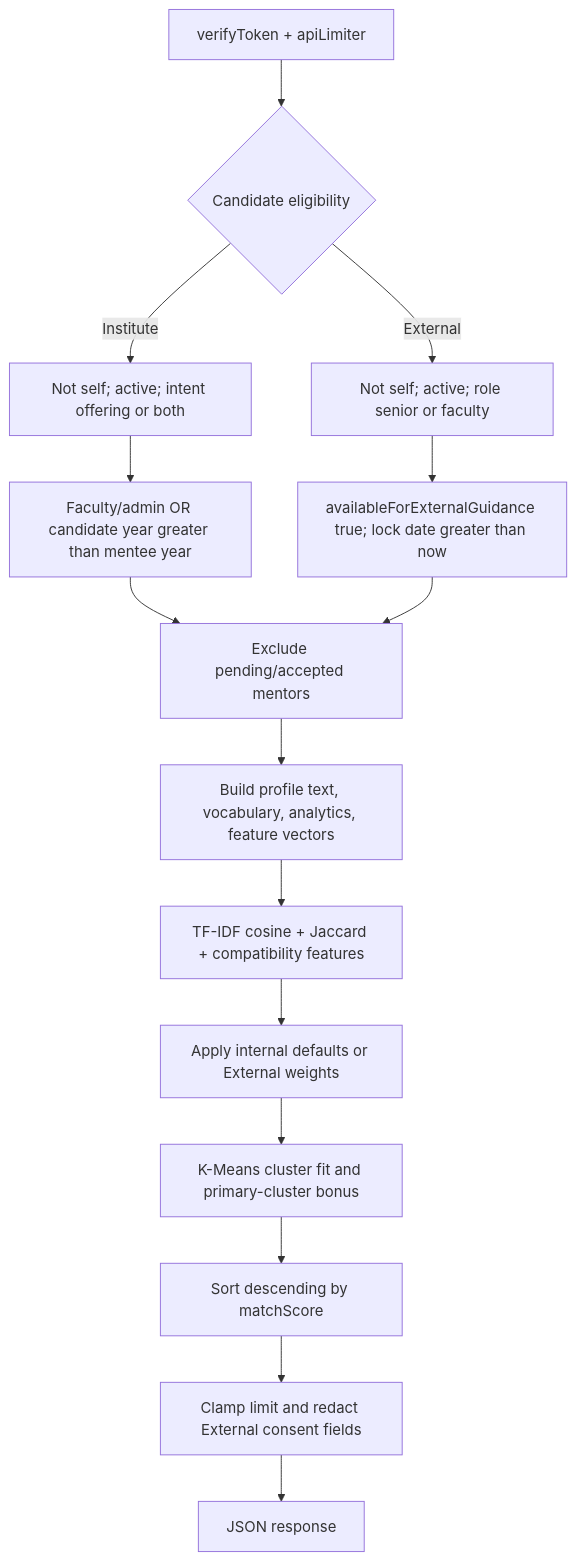
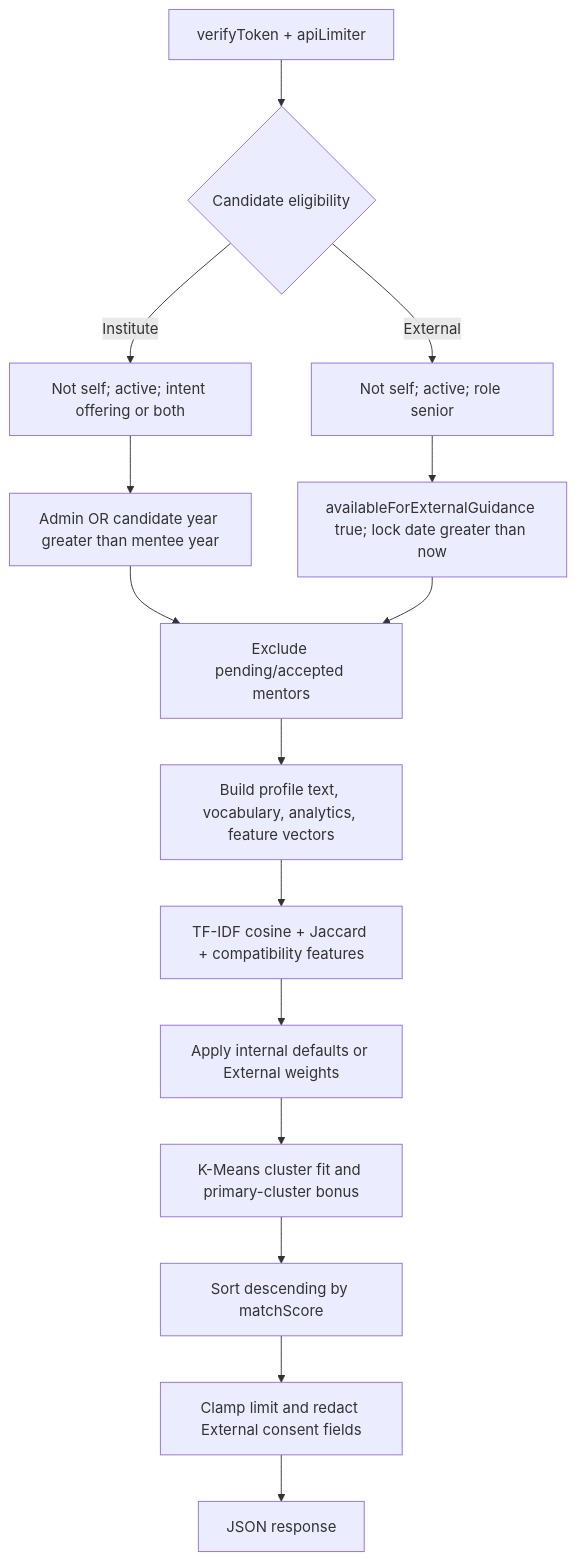
Before and after one commit to himanipilankar18/MentorLink: the second of 3 diagrams in docs/recommendation-engine.md, drawn with Mermaid. The commit also changed other lines of this file and 131 other files, not shown here.

````diff
--- a/docs/recommendation-engine.md
+++ b/docs/recommendation-engine.md
@@ -74,17 +74,17 @@
 ```mermaid
 flowchart TD
   A[verifyToken + apiLimiter] --> B{Candidate eligibility}
   B -->|Institute| B1[Not self; active; intent offering or both]
-  B1 --> B2[Faculty/admin OR candidate year greater than mentee year]
-  B -->|External| B3[Not self; active; role senior or faculty]
+  B1 --> B2[Admin OR candidate year greater than mentee year]
+  B -->|External| B3[Not self; active; role senior]
   B3 --> B4[availableForExternalGuidance true; lock date greater than now]
   B2 --> C[Exclude pending/accepted mentors]
   B4 --> C
   C --> D[Build profile text, vocabulary, analytics, feature vectors]
   D --> E[TF-IDF cosine + Jaccard + compatibility features]
   E --> F[Apply internal defaults or External weights]
   F --> G[K-Means cluster fit and primary-cluster bonus]
   G --> H[Sort descending by matchScore]
   H --> I[Clamp limit and redact External consent fields]
   I --> J[JSON response]
 ```
````
